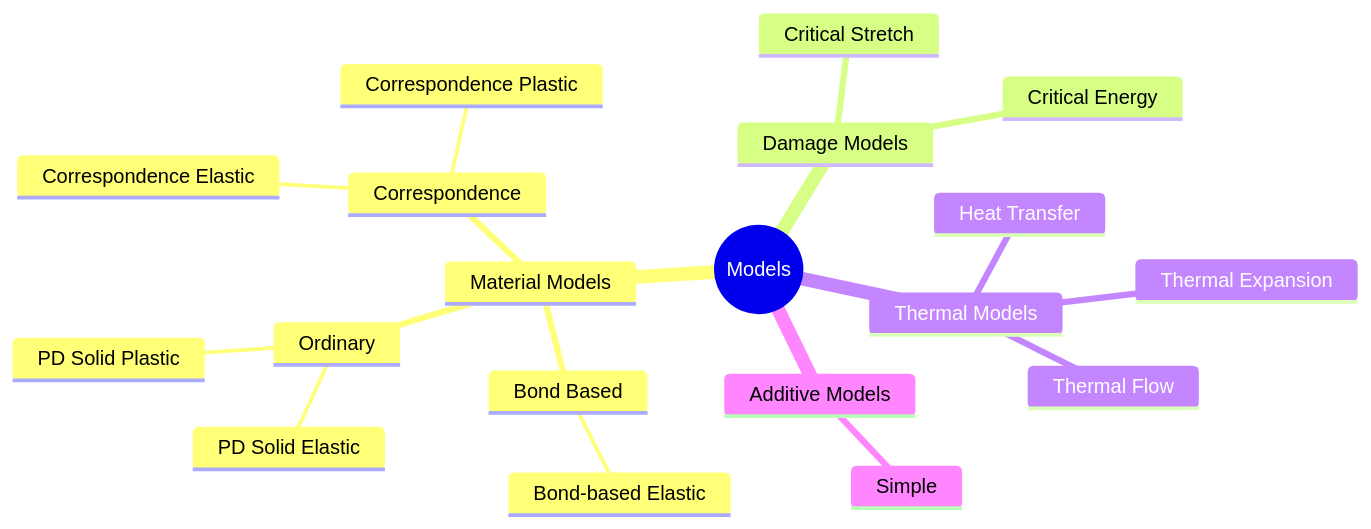
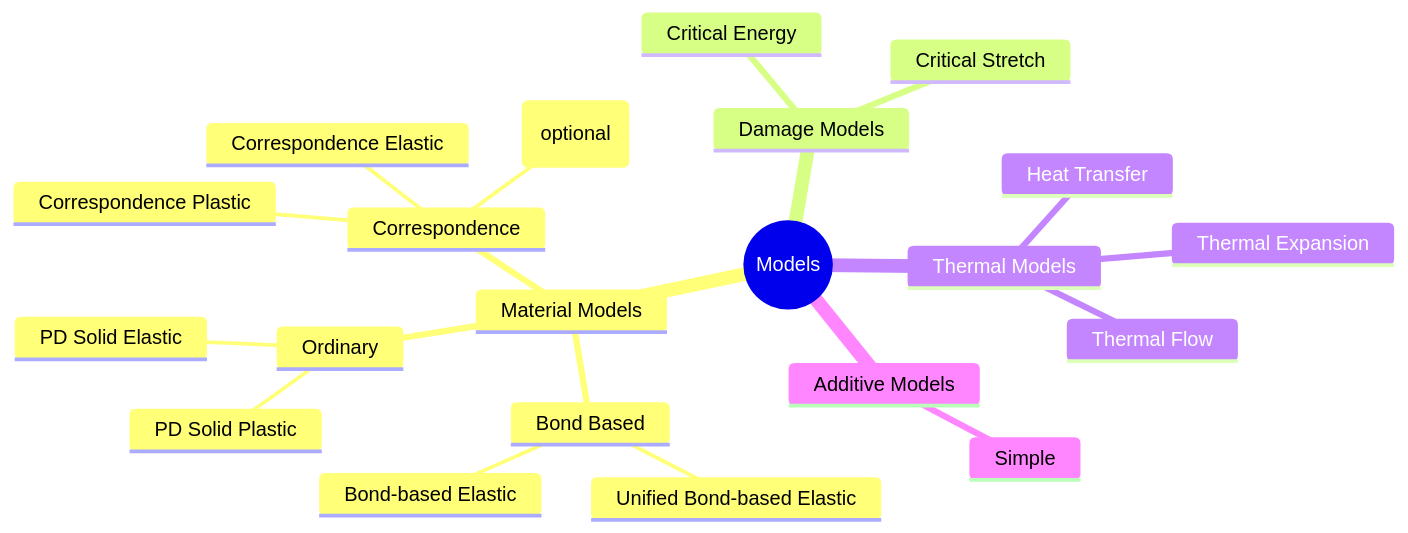
The diagram in docs/src/man/models/overview.md (PeriHub/PeriLab.jl), drawn with Mermaid before and after one commit. The commit also changed 1 other file, not shown here.

````diff
--- a/docs/src/man/models/overview.md
+++ b/docs/src/man/models/overview.md
@@ -3,22 +3,24 @@
 ```mermaid
 mindmap
   root((Models))
     Material Models
       Bond Based
         Bond-based Elastic
+        Unified Bond-based Elastic
       Ordinary
         PD Solid Elastic
         PD Solid Plastic
       Correspondence
         Correspondence Elastic
         Correspondence Plastic
+        Bond-associated (optional)
     Damage Models
       Critical Stretch
       Critical Energy
     Thermal Models
       Thermal Expansion
       Thermal Flow
       Heat Transfer
     Additive Models
         Simple
 ```
````
